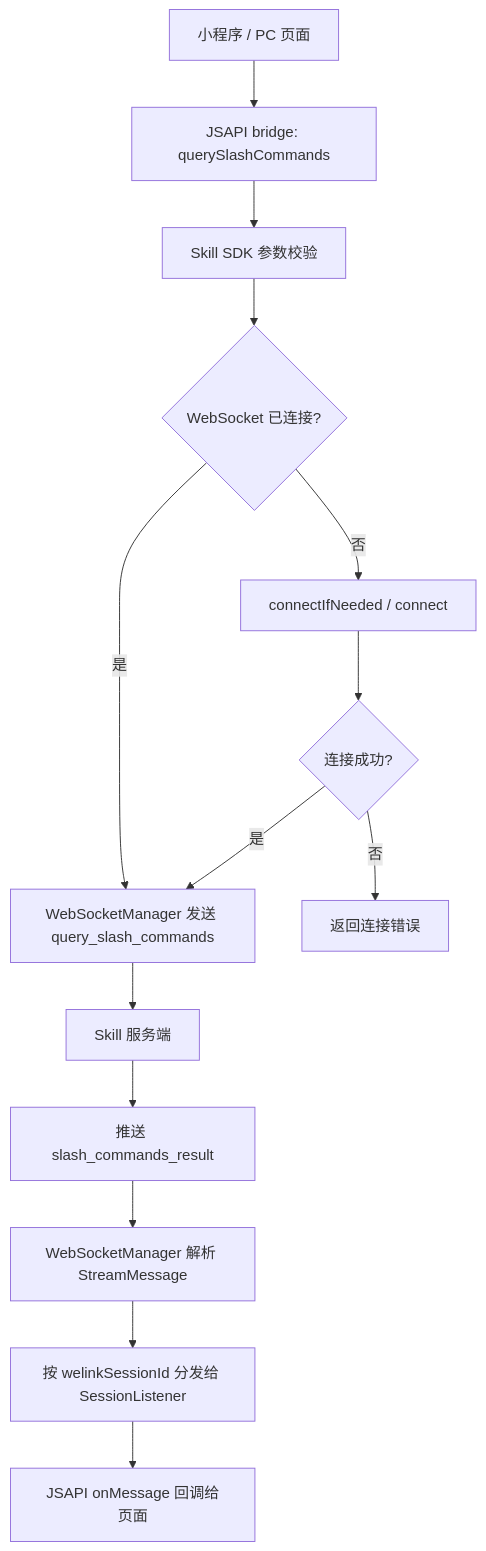
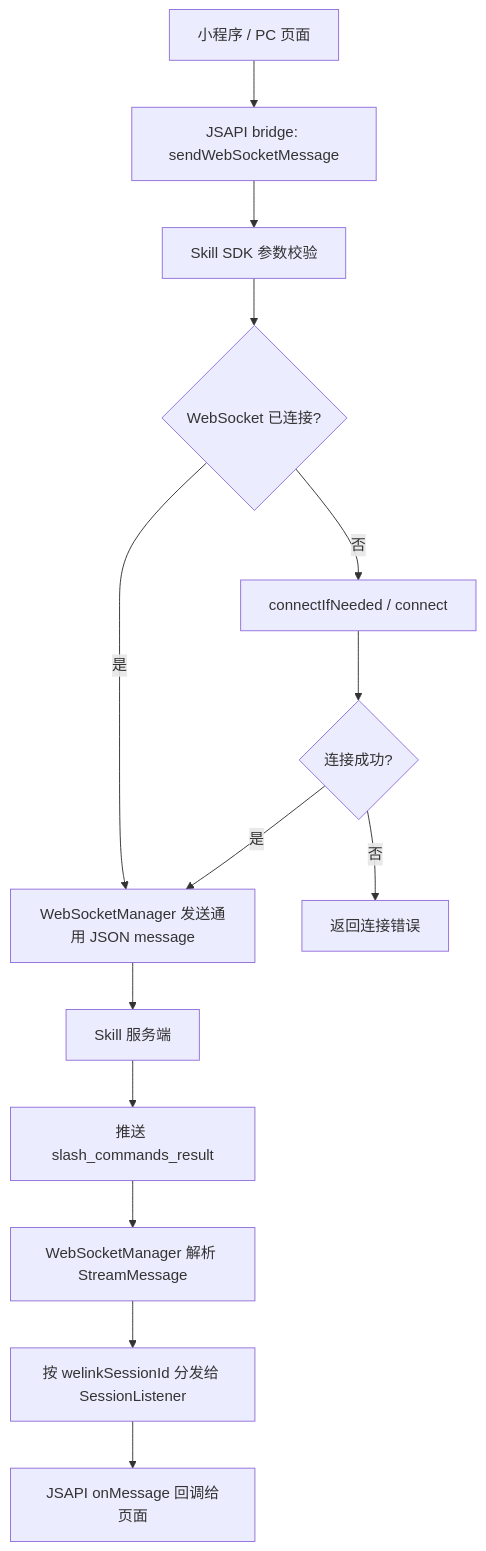
One commit to Abelsjcheng/skillSDK changed the first of 3 diagrams in 2026-06-26-slash-commands-websocket-jsapi-plan.md. Above: the diagram before and after it, drawn with Mermaid. The commit also changed other lines of this file and 18 other files, not shown here.

````diff
--- a/2026-06-26-slash-commands-websocket-jsapi-plan.md
+++ b/2026-06-26-slash-commands-websocket-jsapi-plan.md
@@ -44,16 +44,16 @@
 ```mermaid
 flowchart TD
-    A["小程序 / PC 页面"] --> B["JSAPI bridge: querySlashCommands"]
+    A["小程序 / PC 页面"] --> B["JSAPI bridge: sendWebSocketMessage"]
     B --> C["Skill SDK 参数校验"]
     C --> D{"WebSocket 已连接?"}
-    D -->|是| E["WebSocketManager 发送 query_slash_commands"]
+    D -->|是| E["WebSocketManager 发送通用 JSON message"]
     D -->|否| F["connectIfNeeded / connect"]
     F --> G{"连接成功?"}
     G -->|是| E
     G -->|否| H["返回连接错误"]
     E --> I["Skill 服务端"]
     I --> J["推送 slash_commands_result"]
     J --> K["WebSocketManager 解析 StreamMessage"]
     K --> L["按 welinkSessionId 分发给 SessionListener"]
     L --> M["JSAPI onMessage 回调给页面"]
 ```
````
